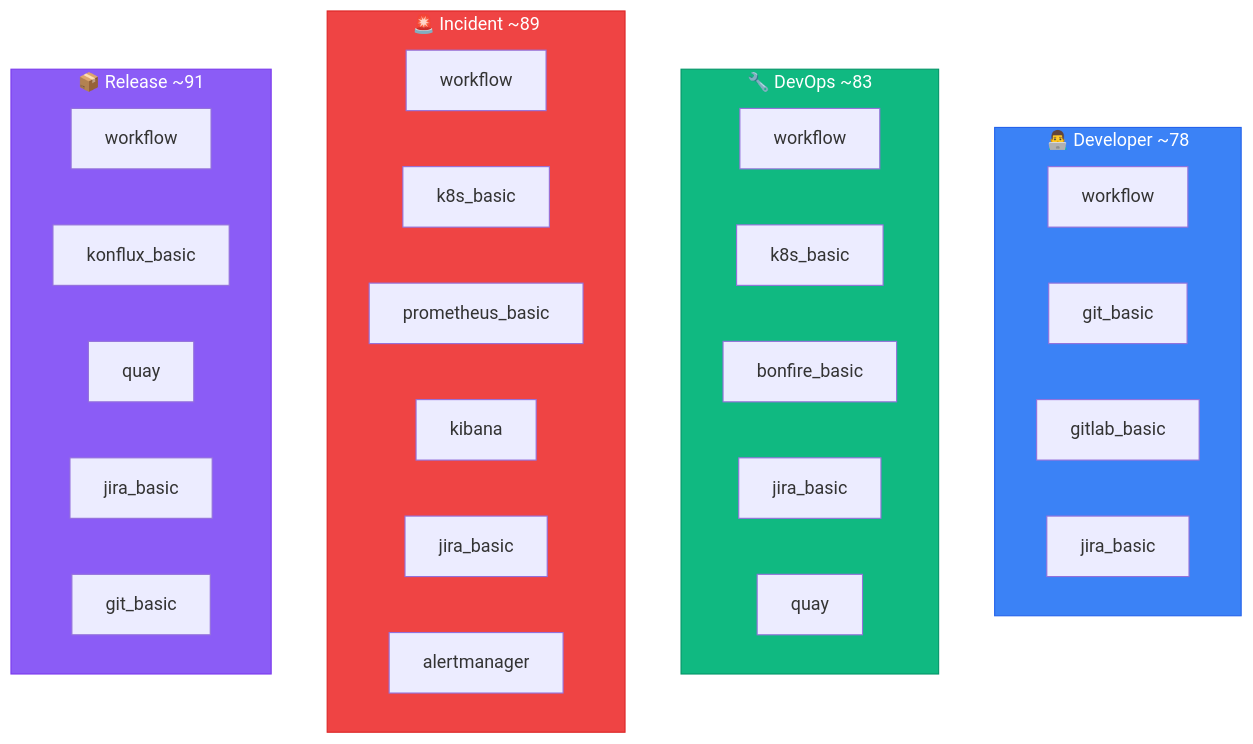
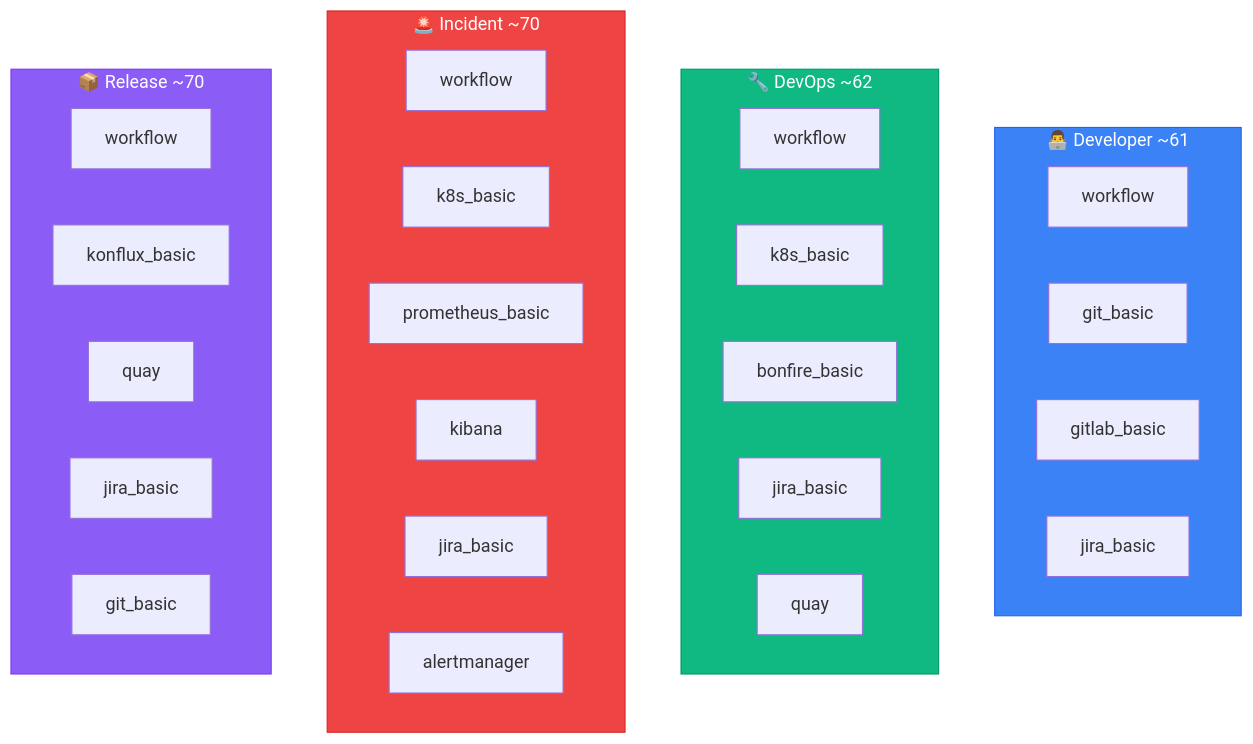
One commit to dmzoneill/redhat-ai-workflow changed the second of 2 diagrams in docs/personas/README.md. Above: the diagram before and after it, drawn with Mermaid. The commit also changed other lines of this file and 8 other files, not shown here.

````diff
--- a/docs/personas/README.md
+++ b/docs/personas/README.md
@@ -71,39 +71,39 @@
 ```mermaid
 graph TD
-    subgraph Developer["👨‍💻 Developer ~78"]
+    subgraph Developer["👨‍💻 Developer ~61"]
         D_WF[workflow]
         D_GIT[git_basic]
         D_GITLAB[gitlab_basic]
         D_JIRA[jira_basic]
     end
 
-    subgraph DevOps["🔧 DevOps ~83"]
+    subgraph DevOps["🔧 DevOps ~62"]
         O_WF[workflow]
         O_K8S[k8s_basic]
         O_BON[bonfire_basic]
         O_JIRA[jira_basic]
         O_QUAY[quay]
     end
 
-    subgraph Incident["🚨 Incident ~89"]
+    subgraph Incident["🚨 Incident ~70"]
         I_WF[workflow]
         I_K8S[k8s_basic]
         I_PROM[prometheus_basic]
         I_KIB[kibana]
         I_JIRA[jira_basic]
         I_ALERT[alertmanager]
     end
 
-    subgraph Release["📦 Release ~91"]
+    subgraph Release["📦 Release ~70"]
         R_WF[workflow]
         R_KON[konflux_basic]
         R_QUAY[quay]
         R_JIRA[jira_basic]
         R_GIT[git_basic]
     end
 
     style Developer fill:#3b82f6,stroke:#2563eb,color:#fff
     style DevOps fill:#10b981,stroke:#059669,color:#fff
     style Incident fill:#ef4444,stroke:#dc2626,color:#fff
     style Release fill:#8b5cf6,stroke:#7c3aed,color:#fff
 ```
````
